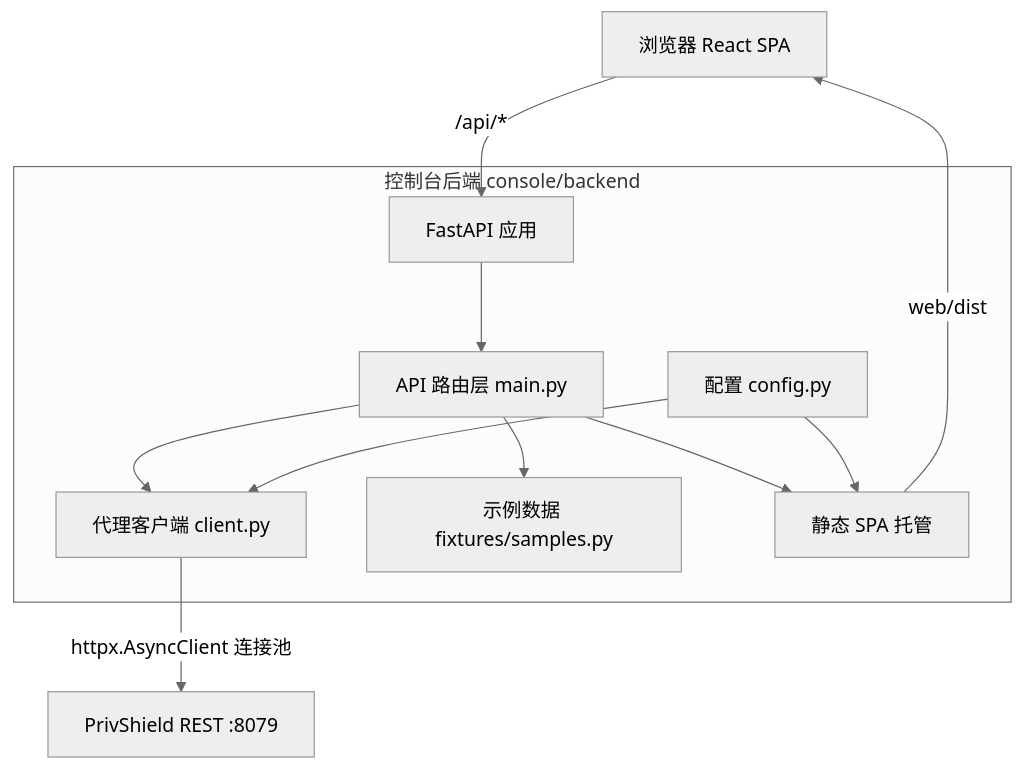
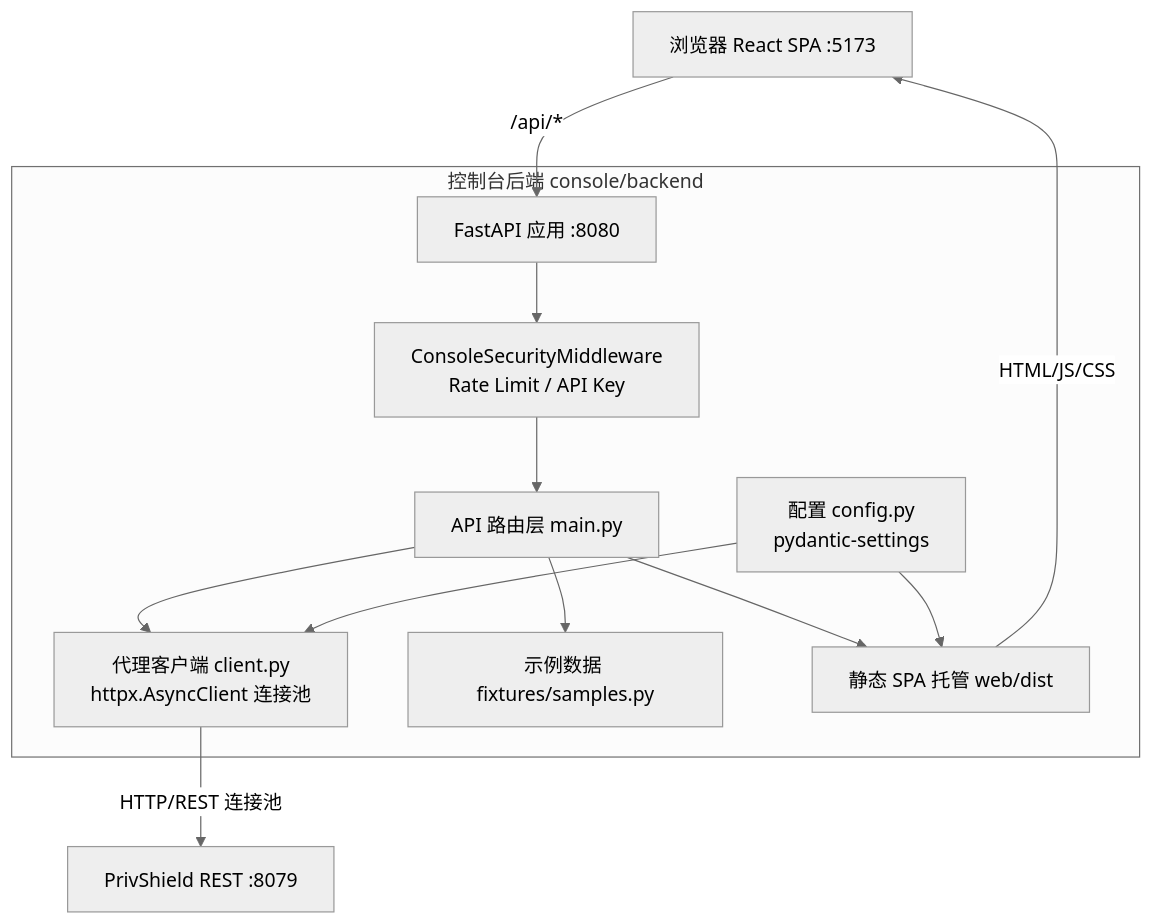
Before and after one commit to fengzhizi319/PrivShield: the diagram in console/backend/docs/design.md, drawn with Mermaid (neutral theme). The commit also changed other lines of this file and 20 other files, not shown here.

````diff
--- a/console/backend/docs/design.md
+++ b/console/backend/docs/design.md
@@ -38,16 +22,17 @@
 ```mermaid
 graph TD
-    Browser[浏览器 React SPA] -- /api/* --> FastAPI[FastAPI 应用]
+    Browser[浏览器 React SPA :5173] -- /api/* --> FastAPIApp[FastAPI 应用 :8080]
 
-    subgraph Backend [控制台后端 console/backend]
-        FastAPI --> Routes[API 路由层 main.py]
-        Routes --> Client[代理客户端 client.py]
+    subgraph PythonBackend [控制台后端 console/backend]
+        FastAPIApp --> SecMid[ConsoleSecurityMiddleware<br/>Rate Limit / API Key]
+        SecMid --> Routes[API 路由层 main.py]
+        Routes --> Client[代理客户端 client.py<br/>httpx.AsyncClient 连接池]
         Routes --> Samples[示例数据 fixtures/samples.py]
-        Routes --> Static[静态 SPA 托管]
-        Config[配置 config.py] --> Client
+        Routes --> Static[静态 SPA 托管 web/dist]
+        Config[配置 config.py<br/>pydantic-settings] --> Client
         Config --> Static
     end
 
-    Client -- httpx.AsyncClient 连接池 --> Agent[PrivShield REST :8079]
-    Static -- web/dist --> Browser
+    Client -- HTTP/REST 连接池 --> Agent[PrivShield REST :8079]
+    Static -- HTML/JS/CSS --> Browser
 ```
````
